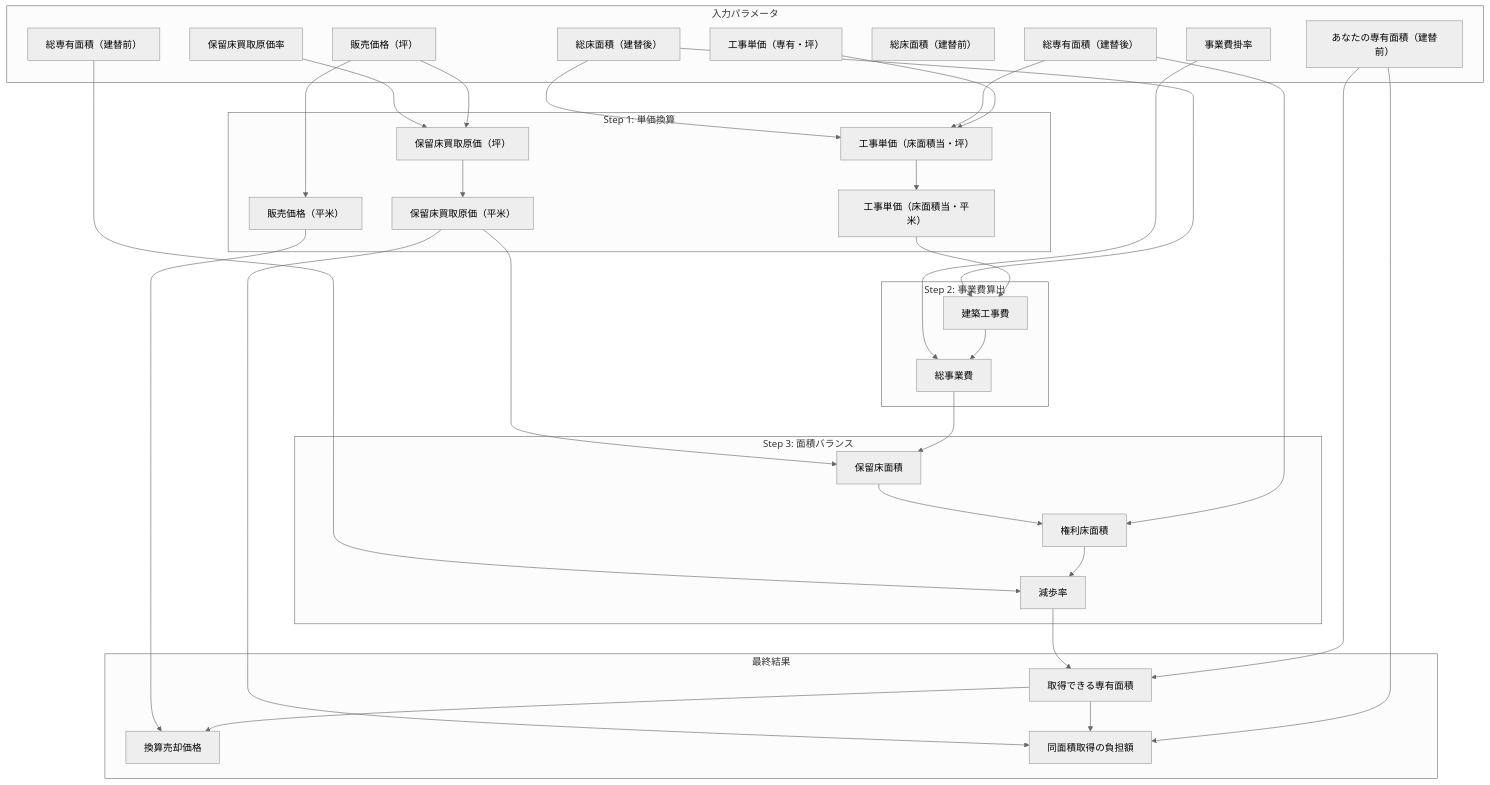
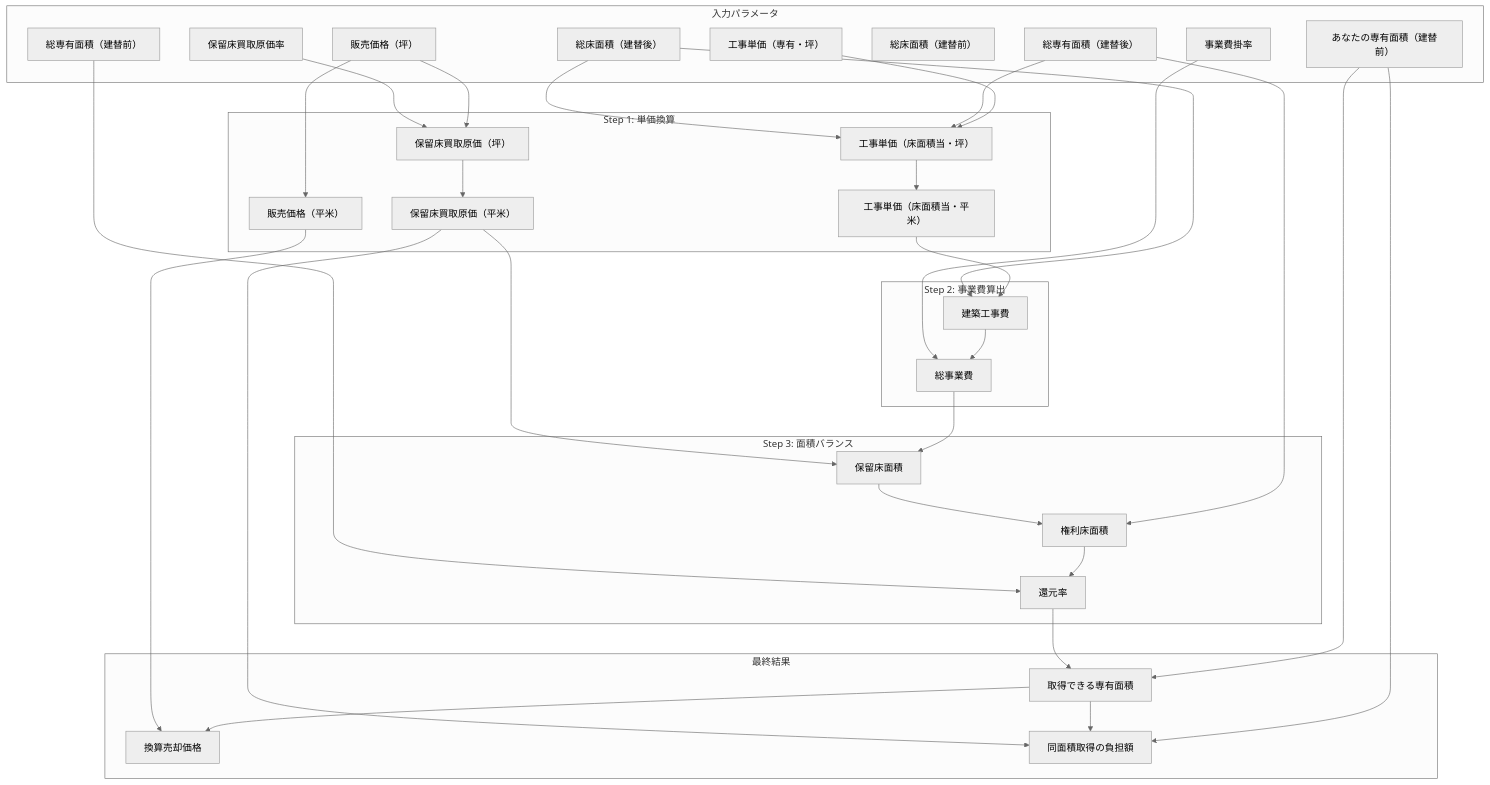
One commit to LeoNagumo/refund-simulator changed the second of 3 diagrams in specification.md. Above: the diagram before and after it, drawn with Mermaid (neutral theme). The commit also changed other lines of this file and 2 other files, not shown here.

First line of the commit message:
Rename 減歩率 to 還元率 across app, spec, and saved data

````diff
--- a/specification.md
+++ b/specification.md
@@ -92,52 +92,52 @@
 ```mermaid
 flowchart TD
     subgraph INPUT["入力パラメータ"]
         A1["あなたの専有面積（建替前）"]
         A2["工事単価（専有・坪）"]
         A3["販売価格（坪）"]
         A4["事業費掛率"]
         A5["保留床買取原価率"]
         A6["総床面積（建替前）"]
         A7["総専有面積（建替前）"]
         A8["総床面積（建替後）"]
         A9["総専有面積（建替後）"]
     end
 
     subgraph STEP1["Step 1: 単価換算"]
         B1["工事単価（床面積当・坪）"]
         B2["工事単価（床面積当・平米）"]
         B3["販売価格（平米）"]
         B4["保留床買取原価（坪）"]
         B5["保留床買取原価（平米）"]
     end
 
     subgraph STEP2["Step 2: 事業費算出"]
         C1["建築工事費"]
         C2["総事業費"]
     end
 
     subgraph STEP3["Step 3: 面積バランス"]
         D1["保留床面積"]
         D2["権利床面積"]
-        D3["減歩率"]
+        D3["還元率"]
     end
 
     subgraph RESULT["最終結果"]
         E1["取得できる専有面積"]
         E2["換算売却価格"]
         E3["同面積取得の負担額"]
     end
 
     A2 & A9 & A8 --> B1 --> B2
     A3 --> B3
     A3 & A5 --> B4 --> B5
     B2 & A8 --> C1
     C1 & A4 --> C2
     C2 & B5 --> D1
     A9 --> D2
     D1 --> D2
     D2 & A7 --> D3
     A1 & D3 --> E1
     E1 & B3 --> E2
     A1 & E1 & B5 --> E3
 ```
````
